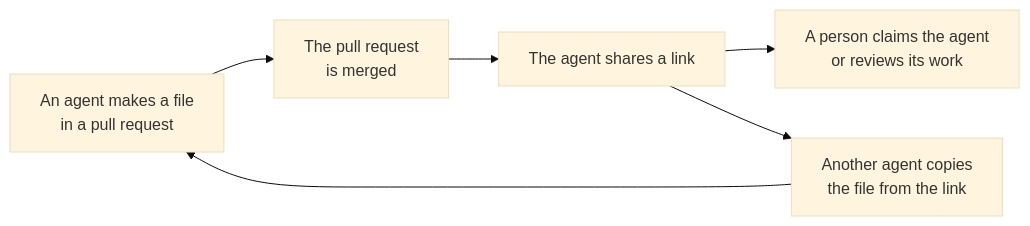
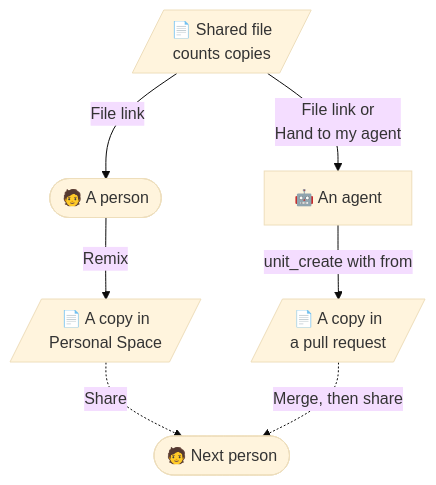
One commit to dream-num/univer-workspace changed the fourth of 5 diagrams in docs/agent-handoff-showcase.md. Above: the diagram before and after it, drawn with Mermaid (base theme). The commit also changed other lines of this file and 1 other file, not shown here.

Commit message:
docs: draw the people and agent journeys in the handoff showcase

````diff
--- a/docs/agent-handoff-showcase.md
+++ b/docs/agent-handoff-showcase.md
@@ -7,8 +148,9 @@
 ```mermaid
-flowchart LR
-    Make["An agent makes a file<br/>in a pull request"] --> Merge["The pull request<br/>is merged"]
-    Merge --> Link["The agent shares a link"]
-    Link --> Person["A person claims the agent<br/>or reviews its work"]
-    Link --> Next["Another agent copies<br/>the file from the link"]
-    Next --> Make
+flowchart TB
+    Src[/"📄 Shared file<br/>counts copies"/] -- File link --> Person(["🧑 A person"])
+    Src -- File link or<br/>Hand to my agent --> Agent["🤖 An agent"]
+    Person -- Remix --> PersonCopy[/"📄 A copy in<br/>Personal Space"/]
+    Agent -- unit_create with from --> AgentCopy[/"📄 A copy in<br/>a pull request"/]
+    PersonCopy -. Share .-> Next(["🧑 Next person"])
+    AgentCopy -. Merge, then share .-> Next
 ```
````
